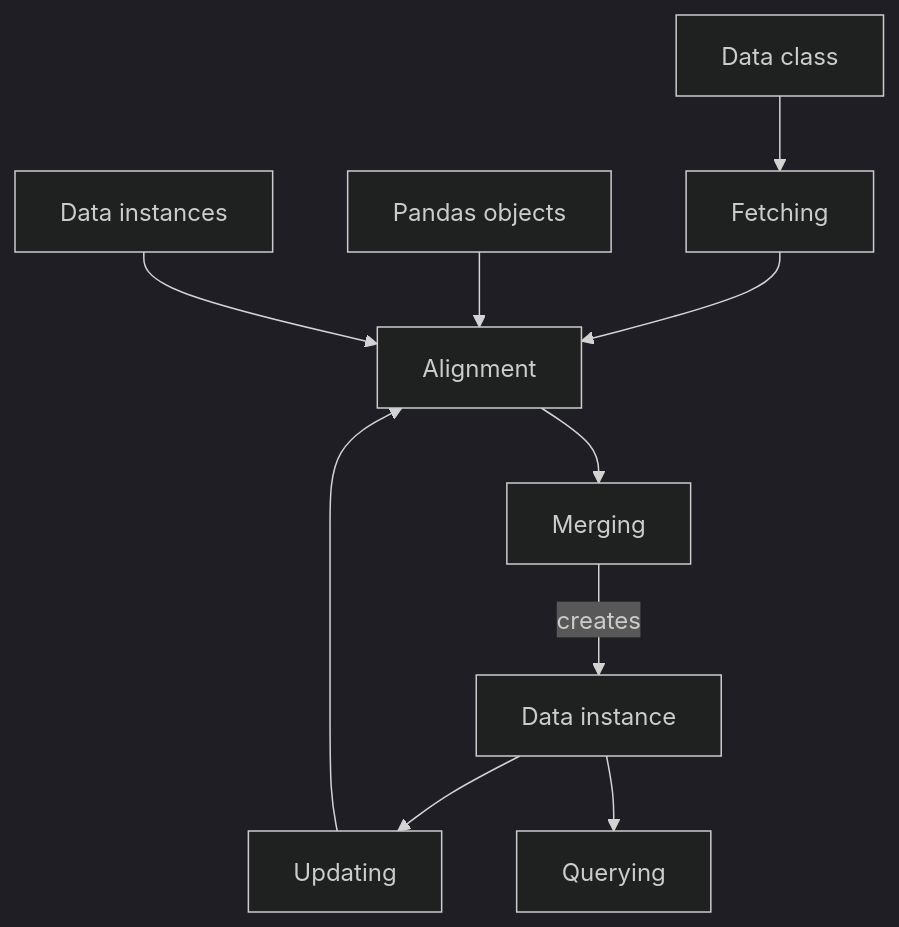
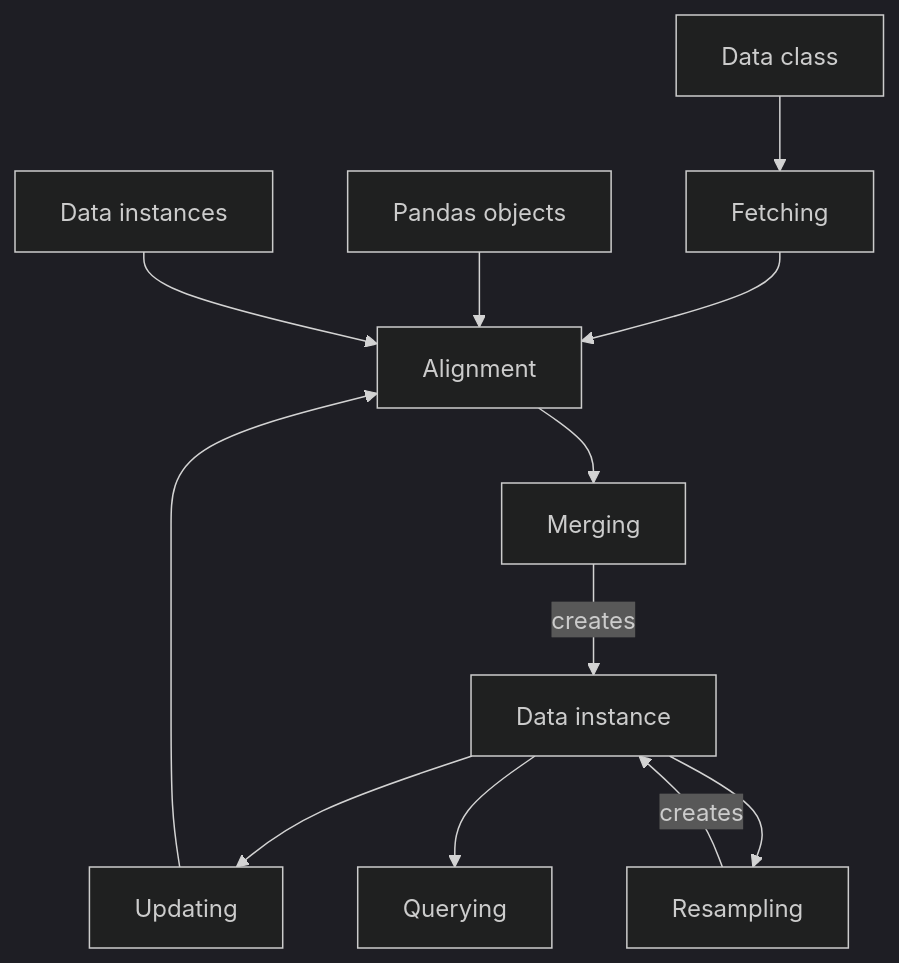
Before and after one commit to IgorDrgonec/VectorBT-Flask: the diagram in docs/docs/documentation/data/index.md, drawn with Mermaid (dark theme). The commit also changed other lines of this file and 18 other files, not shown here.

````diff
--- a/docs/docs/documentation/data/index.md
+++ b/docs/docs/documentation/data/index.md
@@ -21,22 +21,25 @@
 ```mermaid
 flowchart TD;
     id1["Data class"]
     id2["Fetching"]
     id3["Pandas objects"]
     id4["Data instances"]
     id5["Alignment"]
     id6["Merging"]
     id7["Data instance"]
     id8["Updating"]
     id9["Querying"]
+    id10["Resampling"]
     
     id1 --> id2;
     id2 --> id5;
     id3 --> id5;
     id4 --> id5;
     id5 --> id6;
     id6 -->|"creates"| id7;
     id7 --> id8;
+    id7 --> id10;
+    id10 -->|"creates"| id7;
     id8 --> id5;
     id7 --> id9;
 ```
````
